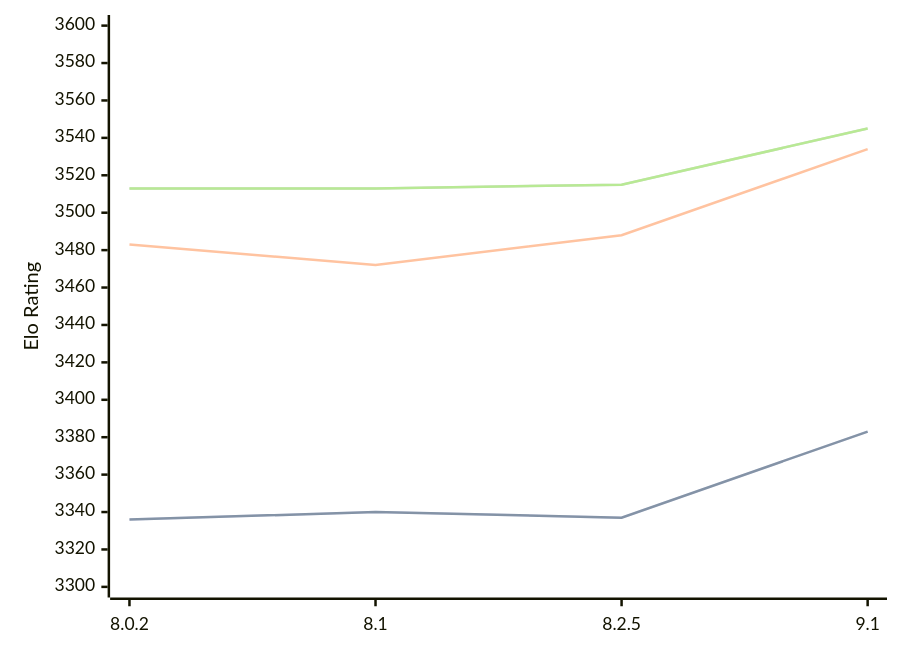
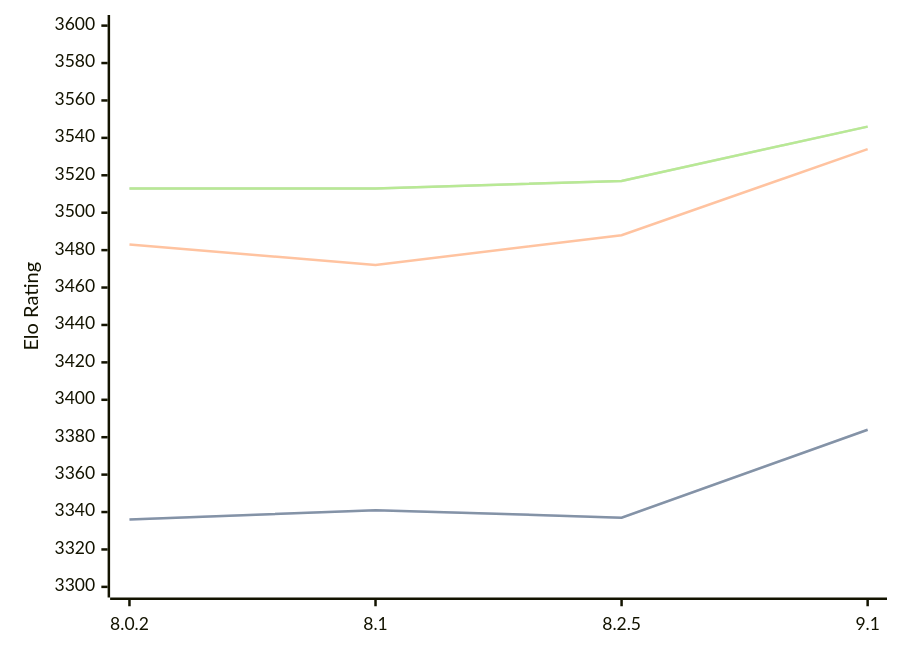
Before and after one commit to computer-chess-index/cci: the diagram in engines/Clover.md, drawn with Mermaid. The commit also changed other lines of this file, not shown here.

Commit message:
Update CCI Ratings (ELO VLTC) - 2026-08-25

````diff
--- a/engines/Clover.md
+++ b/engines/Clover.md
@@ -35,11 +35,11 @@
 ```mermaid
 %%{init: {"theme":"base","themeVariables":{"seriesColors:['#a3a3a3','#222221','#faa371']}}}%%
 xychart-beta
   x-axis ["8.0.2", "8.1", "8.2.5", "9.1"]
   y-axis "Elo Rating" 3300 --> 3600
-  line "STC (8.0+0.08s)" [3336, 3340, 3337, 3383]
-  line "STC (8.0+0.08s)" [3336, 3340, 3337, 3383]
+  line "STC (8.0+0.08s)" [3336, 3341, 3337, 3384]
+  line "STC (8.0+0.08s)" [3336, 3341, 3337, 3384]
   line "LTC (60.0+0.60s)" [3483, 3472, 3488, 3534]
-  line "VLTC (2m24s+1.12s)" [3513, 3513, 3515, 3545]
-  line "VLTC (2m24s+1.12s)" [3513, 3513, 3515, 3545]
+  line "VLTC (2m24s+1.12s)" [3513, 3513, 3517, 3546]
+  line "VLTC (2m24s+1.12s)" [3513, 3513, 3517, 3546]
 ```
````
